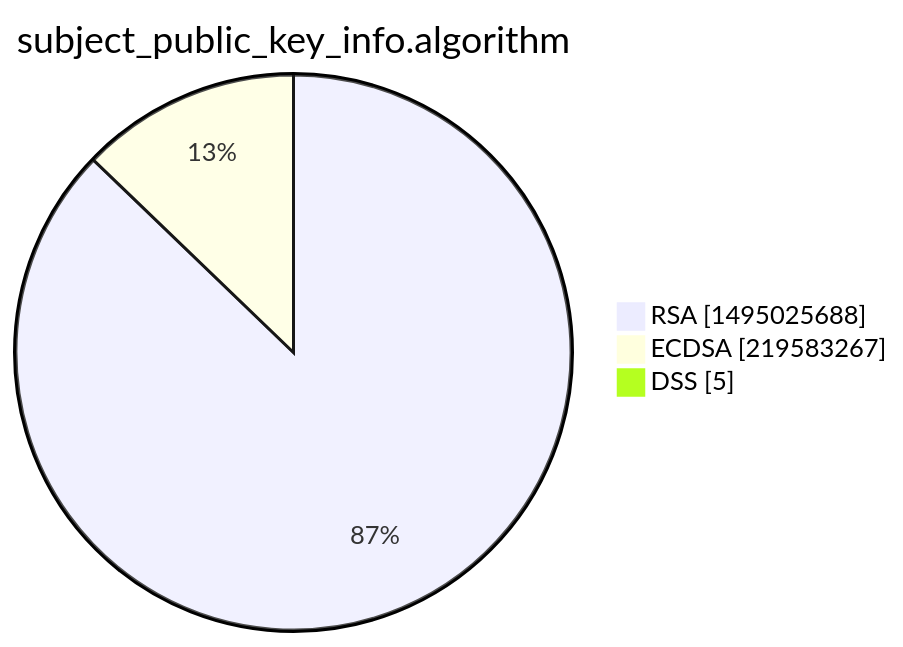
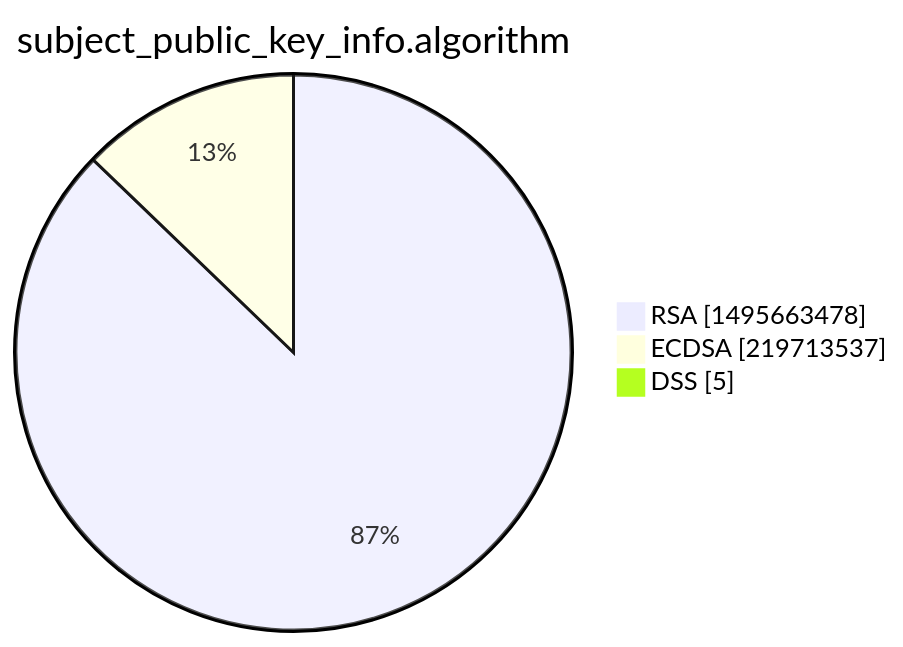
The third of 15 diagrams in xenon2022/README.md (christiankrug/ctmonitor_visualization), drawn with Mermaid before and after one commit. The commit also changed other lines of this file, not shown here.

````diff
--- a/xenon2022/README.md
+++ b/xenon2022/README.md
@@ -14,7 +14,7 @@
 ```mermaid
 pie showData
 title subject_public_key_info.algorithm
-"RSA" :1495025688
-"ECDSA" :219583267
+"RSA" :1495663478
+"ECDSA" :219713537
 "DSS" :5
 ```
````
